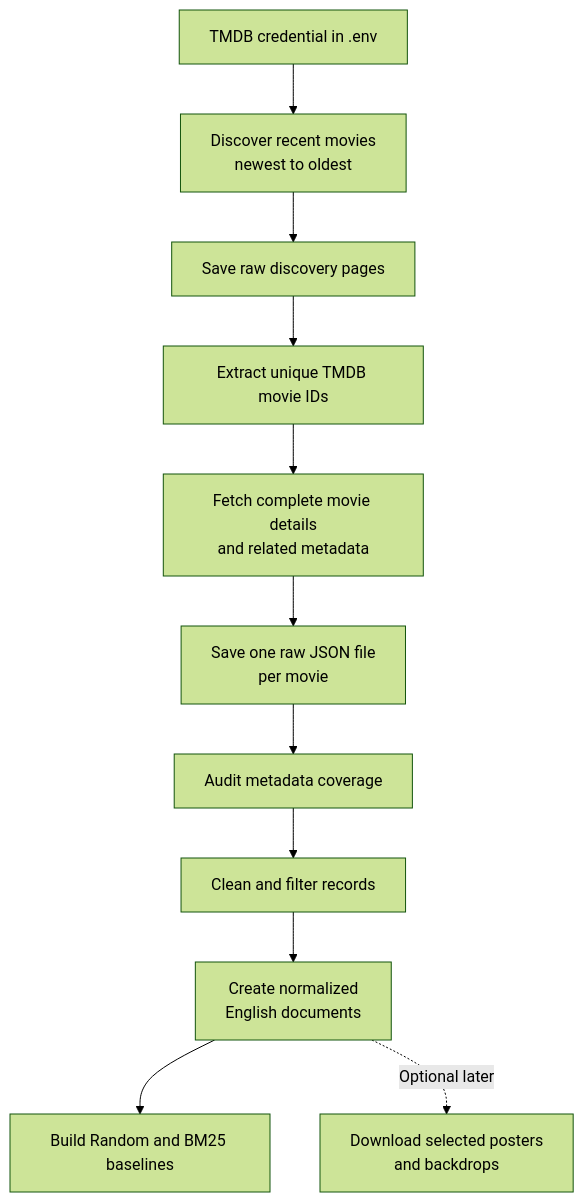
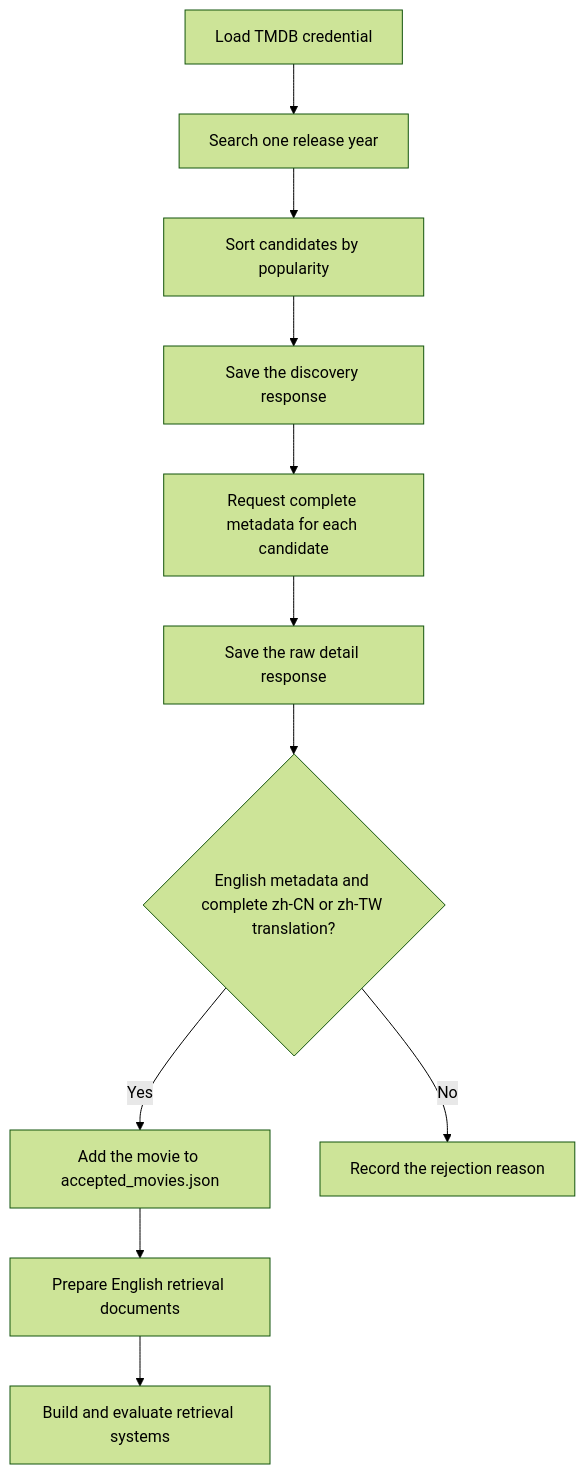
One commit to SammiWang0516/InformationRetrieval_AudioviusalMedia changed the diagram in README.md. Above: the diagram before and after it, drawn with Mermaid (forest theme). The commit also changed other lines of this file and 1 other file, not shown here.

````diff
--- a/README.md
+++ b/README.md
@@ -9,13 +21,13 @@
 ```mermaid
 flowchart TD
-    A["TMDB credential in .env"] --> B["Discover recent movies<br/>newest to oldest"]
-    B --> C["Save raw discovery pages"]
-    C --> D["Extract unique TMDB movie IDs"]
-    D --> E["Fetch complete movie details<br/>and related metadata"]
-    E --> F["Save one raw JSON file<br/>per movie"]
-    F --> G["Audit metadata coverage"]
-    G --> H["Clean and filter records"]
-    H --> I["Create normalized<br/>English documents"]
-    I --> J["Build Random and BM25 baselines"]
-    I -. "Optional later" .-> K["Download selected posters<br/>and backdrops"]
+    A["Load TMDB credential"] --> B["Search one release year"]
+    B --> C["Sort candidates by popularity"]
+    C --> D["Save the discovery response"]
+    D --> E["Request complete metadata for each candidate"]
+    E --> F["Save the raw detail response"]
+    F --> G{"English metadata and complete zh-CN or zh-TW translation?"}
+    G -->|"Yes"| H["Add the movie to accepted_movies.json"]
+    G -->|"No"| I["Record the rejection reason"]
+    H --> J["Prepare English retrieval documents"]
+    J --> K["Build and evaluate retrieval systems"]
 ```
````
